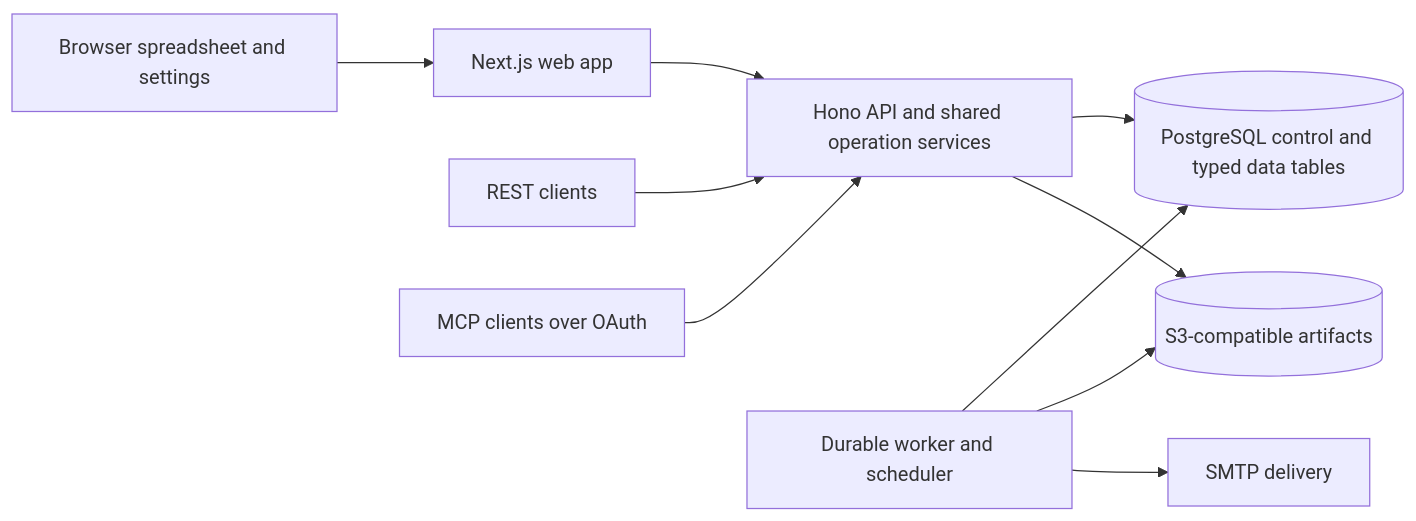
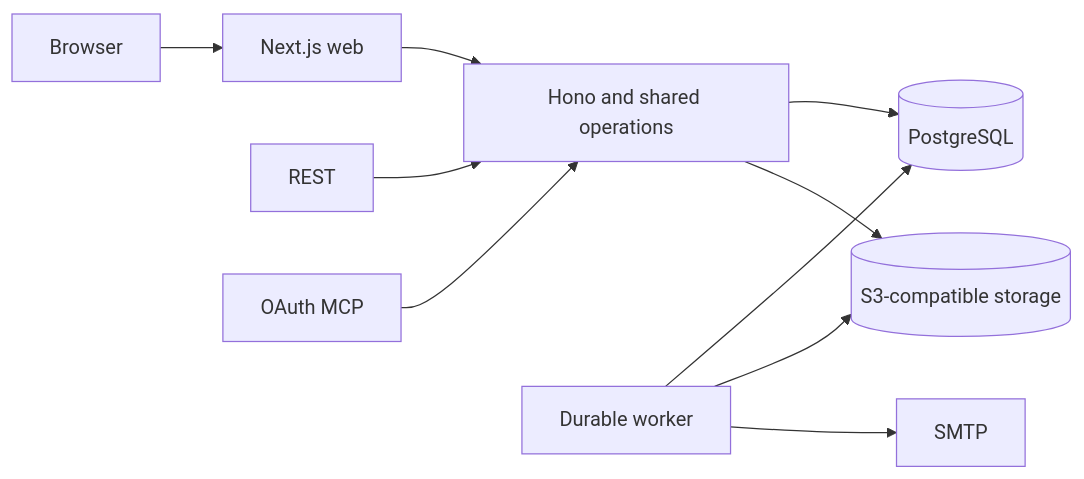
One commit to avgeek-oss/rootset changed the diagram in rc-plan/STACK_ARCHITECTURE.md. Above: the diagram before and after it, drawn with Mermaid. The commit also changed other lines of this file and 301 other files, not shown here.

````diff
--- a/rc-plan/STACK_ARCHITECTURE.md
+++ b/rc-plan/STACK_ARCHITECTURE.md
@@ -7,12 +11,12 @@
 ```mermaid
 flowchart LR
-  Browser[Browser spreadsheet and settings] --> Web[Next.js web app]
-  Web --> API[Hono API and shared operation services]
-  REST[REST clients] --> API
-  MCP[MCP clients over OAuth] --> API
-  API --> PG[(PostgreSQL control and typed data tables)]
-  Worker[Durable worker and scheduler] --> PG
-  Worker --> Objects[(S3-compatible artifacts)]
-  Worker --> Mail[SMTP delivery]
+  Browser[Browser] --> Web[Next.js web]
+  Web --> API[Hono and shared operations]
+  REST[REST] --> API
+  MCP[OAuth MCP] --> API
+  API --> PG[(PostgreSQL)]
+  Worker[Durable worker] --> PG
+  Worker --> Objects[(S3-compatible storage)]
+  Worker --> SMTP[SMTP]
   API --> Objects
 ```
````
